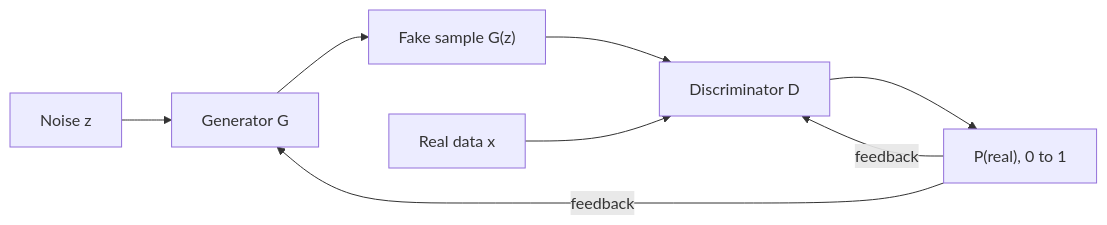
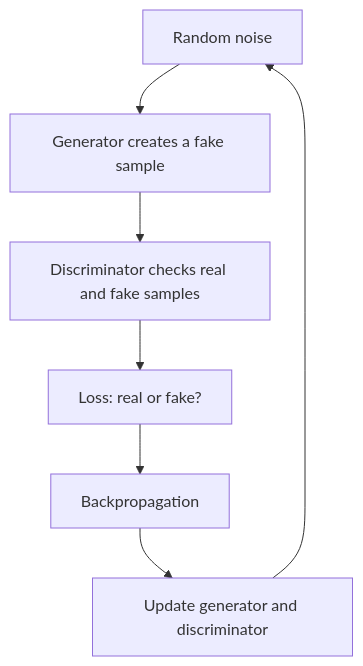
One commit to TrendySloth1001/sem-seven-notes changed the diagram in content/deep-learning/pyq/2023-12/q4b.mdx. Above: the diagram before and after it, drawn with Mermaid. The commit also changed other lines of this file and 168 other files, not shown here.

Commit message:
Rewrite the Module 1, activation, loss and GAN notes and their 25 answers from the teachers' class files. They keep the teacher's definitions, use 80 of their figures with class-notes citations only, and fix the slide errors in the XOR, NAND, loss and KL formulas.

````diff
--- a/content/deep-learning/pyq/2023-12/q4b.mdx
+++ b/content/deep-learning/pyq/2023-12/q4b.mdx
@@ -18,11 +11,10 @@
 ```mermaid
-%% caption: Working of a GAN. D compares real and fake samples; its decision is the training signal for both networks.
-flowchart LR
-  Z["Noise z"] --> G["Generator G"]
-  G --> F["Fake sample G(z)"]
-  R["Real data x"] --> D["Discriminator D"]
-  F --> D
-  D --> P["P(real), 0 to 1"]
-  P -- "feedback" --> G
-  P -- "feedback" --> D
+%% caption: Working of a GAN. Training repeats this loop until the generator produces realistic samples.
+flowchart TD
+  A["Random noise"] --> B["Generator creates a fake sample"]
+  B --> C["Discriminator checks real and fake samples"]
+  C --> D["Loss: real or fake?"]
+  D --> E["Backpropagation"]
+  E --> F["Update generator and discriminator"]
+  F --> A
 ```
````
